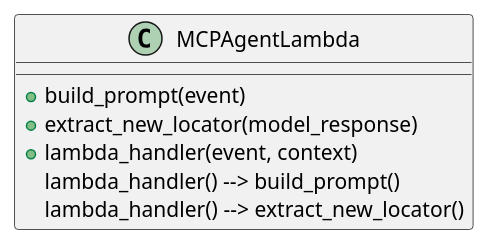
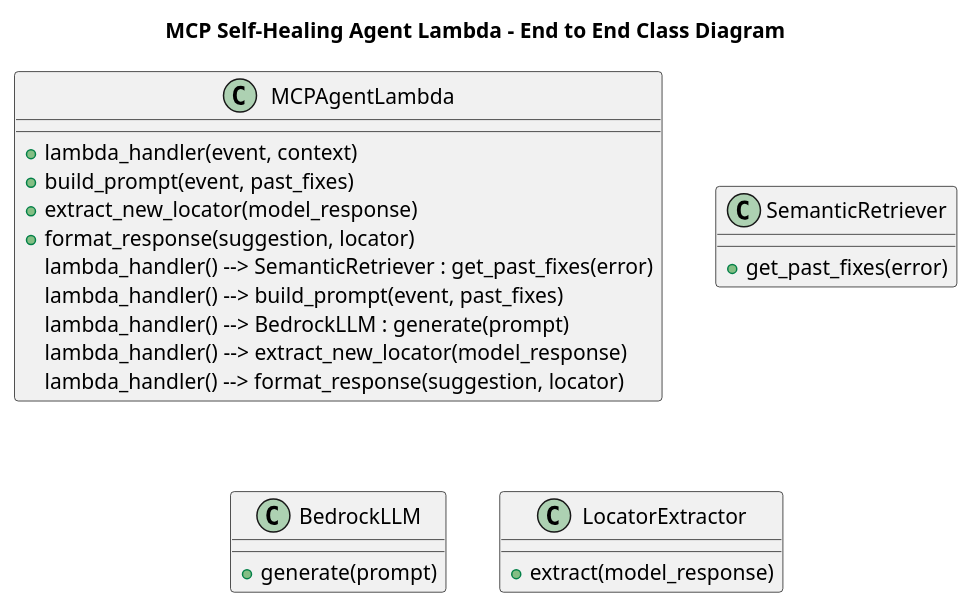
The diagram in mcp_self_healing_agent/UML Diagrams/mcp_agent_lambda.puml (pavanchanduri/RAGChatbot), drawn with PlantUML before and after one commit. The commit also changed other lines of this file and 5 other files, not shown here.

Commit message:
Modified self healing agent implementation

```diff
--- a/mcp_self_healing_agent/UML Diagrams/mcp_agent_lambda.puml
+++ b/mcp_self_healing_agent/UML Diagrams/mcp_agent_lambda.puml
@@ -1,10 +2,30 @@
-@startuml MCPAgentLambdaClass
+@startuml MCPAgentLambdaE2EClass
+title MCP Self-Healing Agent Lambda - End to End Class Diagram
+
+
 class MCPAgentLambda {
-    + build_prompt(event)
-    + extract_new_locator(model_response)
-    + lambda_handler(event, context)
+    +lambda_handler(event, context)
+    +build_prompt(event, past_fixes)
+    +extract_new_locator(model_response)
+    +format_response(suggestion, locator)
 }
 
-MCPAgentLambda : lambda_handler() --> build_prompt()
-MCPAgentLambda : lambda_handler() --> extract_new_locator()
+class SemanticRetriever {
+    +get_past_fixes(error)
+}
+
+class BedrockLLM {
+    +generate(prompt)
+}
+
+class LocatorExtractor {
+    +extract(model_response)
+}
+
+MCPAgentLambda : lambda_handler() --> SemanticRetriever : get_past_fixes(error)
+MCPAgentLambda : lambda_handler() --> build_prompt(event, past_fixes)
+MCPAgentLambda : lambda_handler() --> BedrockLLM : generate(prompt)
+MCPAgentLambda : lambda_handler() --> extract_new_locator(model_response)
+MCPAgentLambda : lambda_handler() --> format_response(suggestion, locator)
+
 @enduml
```
